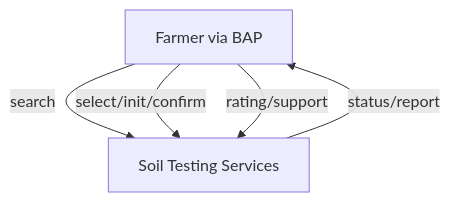
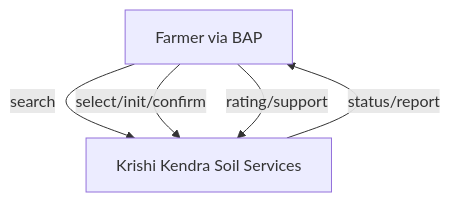
One commit to Meheer17/Beckn changed the first of 4 diagrams in README.md. Above: the diagram before and after it, drawn with Mermaid. The commit also changed other lines of this file, not shown here.

````diff
--- a/README.md
+++ b/README.md
@@ -51,7 +78,7 @@
 ```mermaid
 graph TD
-  A[Farmer via BAP] -->|search| BPP1[Soil Testing Services]
+  A[Farmer via BAP] -->|search| BPP1[Krishi Kendra Soil Services]
   A -->|select/init/confirm| BPP1
   BPP1 -->|status/report| A
   A -->|rating/support| BPP1
 ```
````
